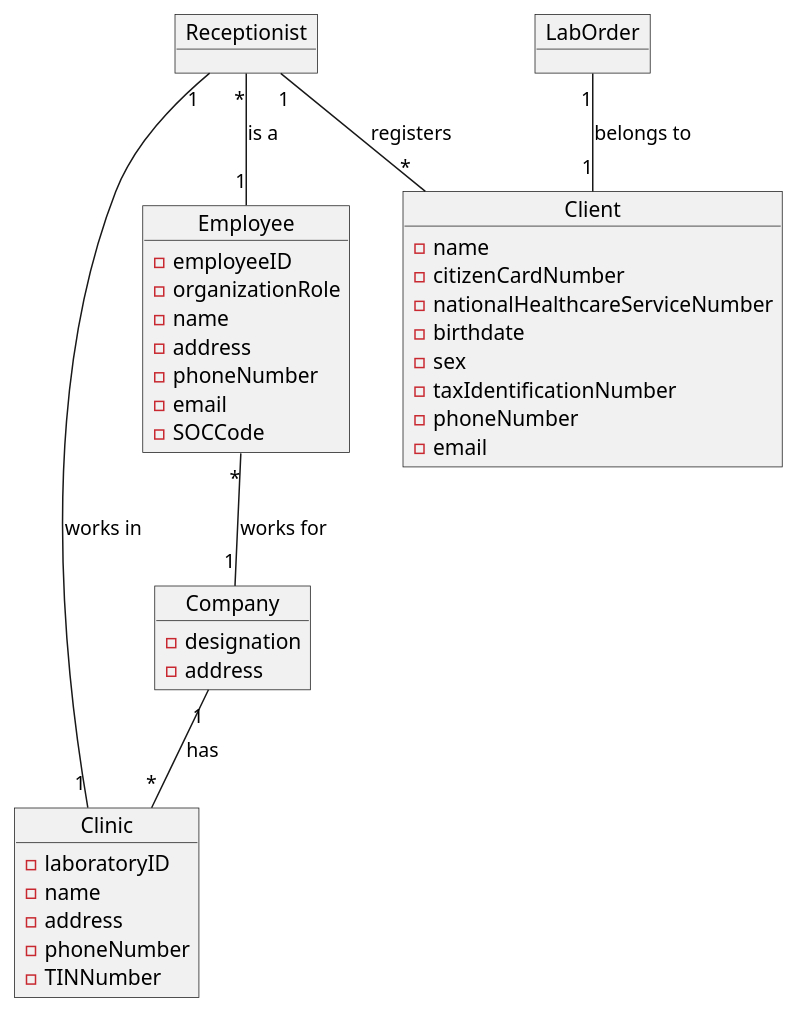
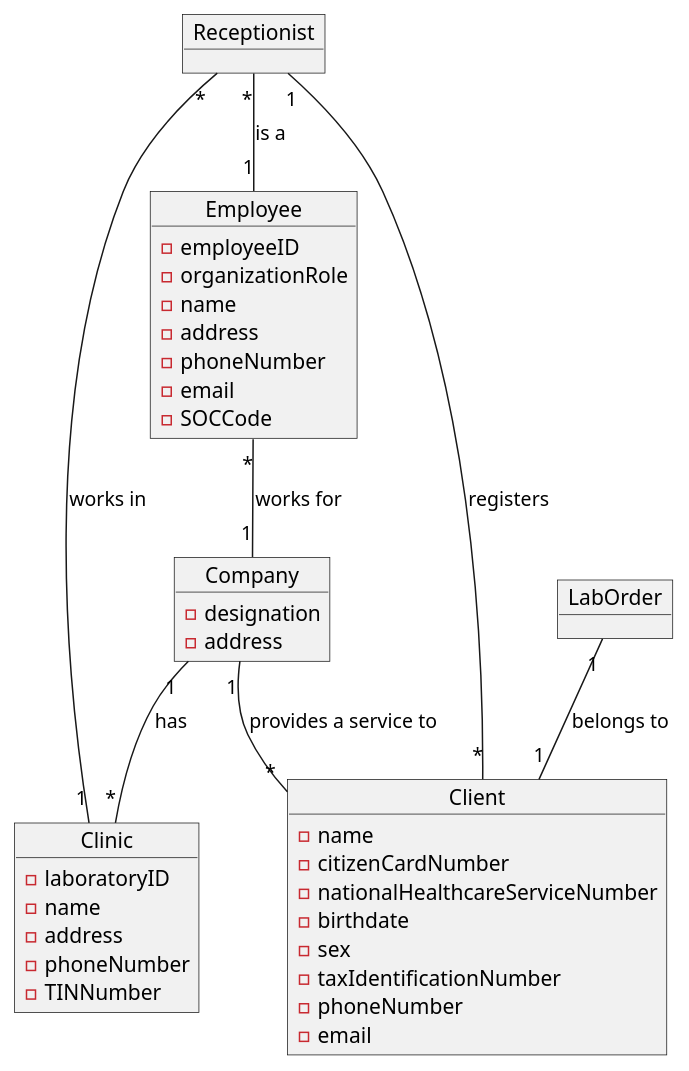
The diagram in docs/SprintB/US3/US3-MD.puml (jsmarques98/LAPR2-ISEP), drawn with PlantUML before and after one commit. The commit also changed 2 other files, not shown here.

```diff
--- a/docs/SprintB/US3/US3-MD.puml
+++ b/docs/SprintB/US3/US3-MD.puml
@@ -1,59 +1,62 @@
 @startuml
 
 object Company{
 -designation
 -address
 }
 
 object LabOrder{
 }
 
 object Clinic{
 -laboratoryID
 -name
 -address
 -phoneNumber
 -TINNumber
 }
 
 object Employee{
 -employeeID
 -organizationRole
 -name
 -address
 -phoneNumber
 -email
 -SOCCode
 
 }
 
 
 object Client{
 -name
 -citizenCardNumber
 -nationalHealthcareServiceNumber
 -birthdate
 -sex
 -taxIdentificationNumber
 -phoneNumber
 -email
 }
 
 object Receptionist{
 }
 
 
 Company "1" -- "*" Clinic : has
 
+Company "1" -- "*" Client : provides a service to
+
 Receptionist "1" -- "*" Client : registers
 
 LabOrder "1" -- "1" Client : belongs to
 
-Receptionist "1" -- "1" Clinic : works in
+Receptionist "*" -- "1" Clinic : works in
 
 Receptionist "*" -- "1" Employee : is a
+
 Employee "*" -- "1" Company : works for
 
  
 
 @enduml
```
